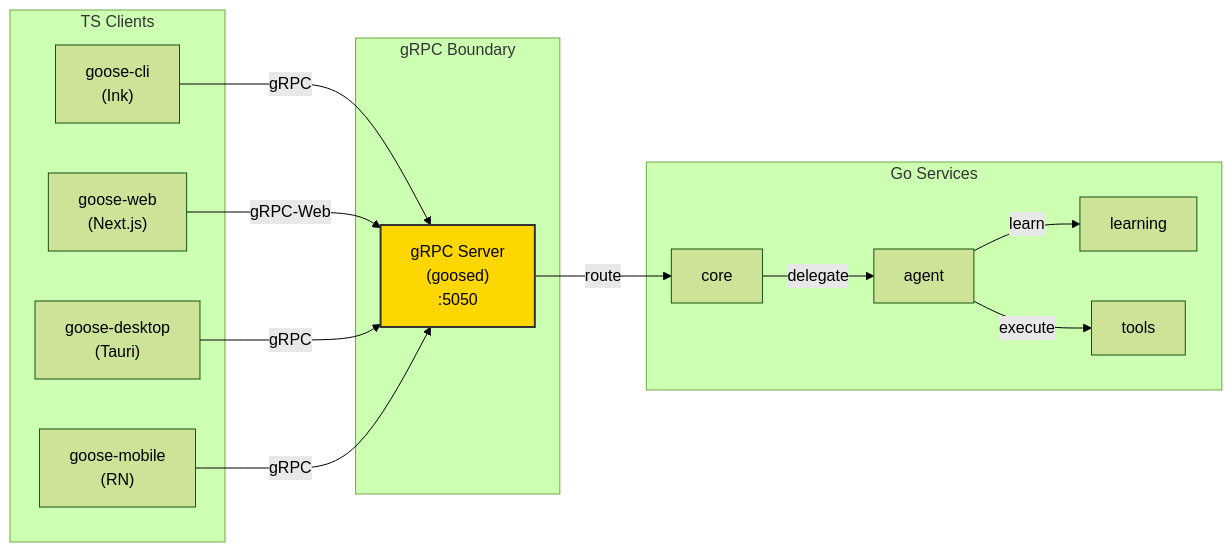
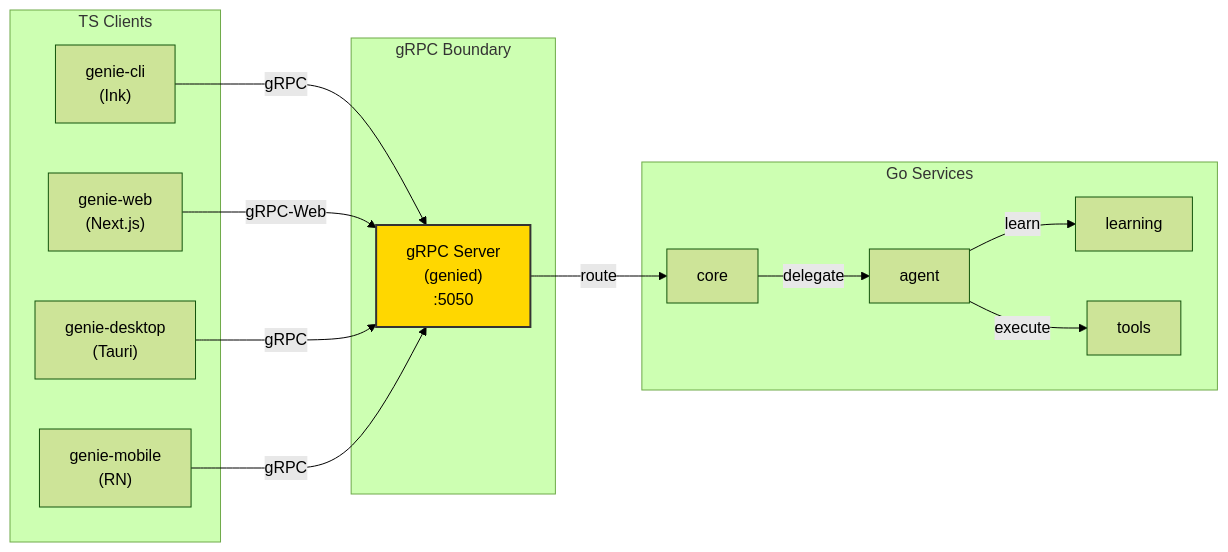
The fifth of 5 diagrams in .moai/project/structure.md (modu-ai/mink), drawn with Mermaid (forest theme) before and after one commit. The commit also changed other lines of this file and 149 other files, not shown here.

First line of the commit message:
refactor: goose → genie 식별자 전면 치환 (L3 전환 1/2)

````diff
--- a/.moai/project/structure.md
+++ b/.moai/project/structure.md
@@ -769,32 +769,32 @@
 ```mermaid
 graph LR
     subgraph "TS Clients"
-        CLI["goose-cli<br/>(Ink)"]
-        WEB["goose-web<br/>(Next.js)"]
-        DESKTOP["goose-desktop<br/>(Tauri)"]
-        MOBILE["goose-mobile<br/>(RN)"]
+        CLI["genie-cli<br/>(Ink)"]
+        WEB["genie-web<br/>(Next.js)"]
+        DESKTOP["genie-desktop<br/>(Tauri)"]
+        MOBILE["genie-mobile<br/>(RN)"]
     end
     
     subgraph "gRPC Boundary"
-        GRPC["gRPC Server<br/>(goosed)<br/>:5050"]
+        GRPC["gRPC Server<br/>(genied)<br/>:5050"]
     end
     
     subgraph "Go Services"
         CORE["core"]
         AGENT["agent"]
         LEARN["learning"]
         TOOLS["tools"]
     end
     
     CLI -->|gRPC| GRPC
     WEB -->|gRPC-Web| GRPC
     DESKTOP -->|gRPC| GRPC
     MOBILE -->|gRPC| GRPC
     
     GRPC -->|route| CORE
     CORE -->|delegate| AGENT
     AGENT -->|learn| LEARN
     AGENT -->|execute| TOOLS
     
     style GRPC fill:#FFD700,stroke:#333,stroke-width:2px
 ```
````
